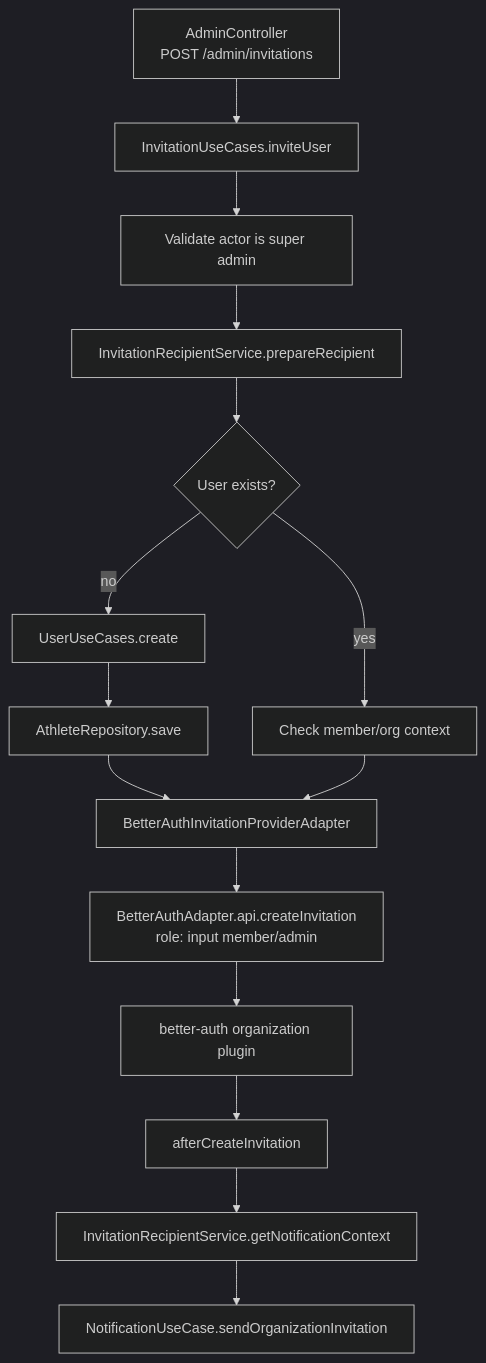
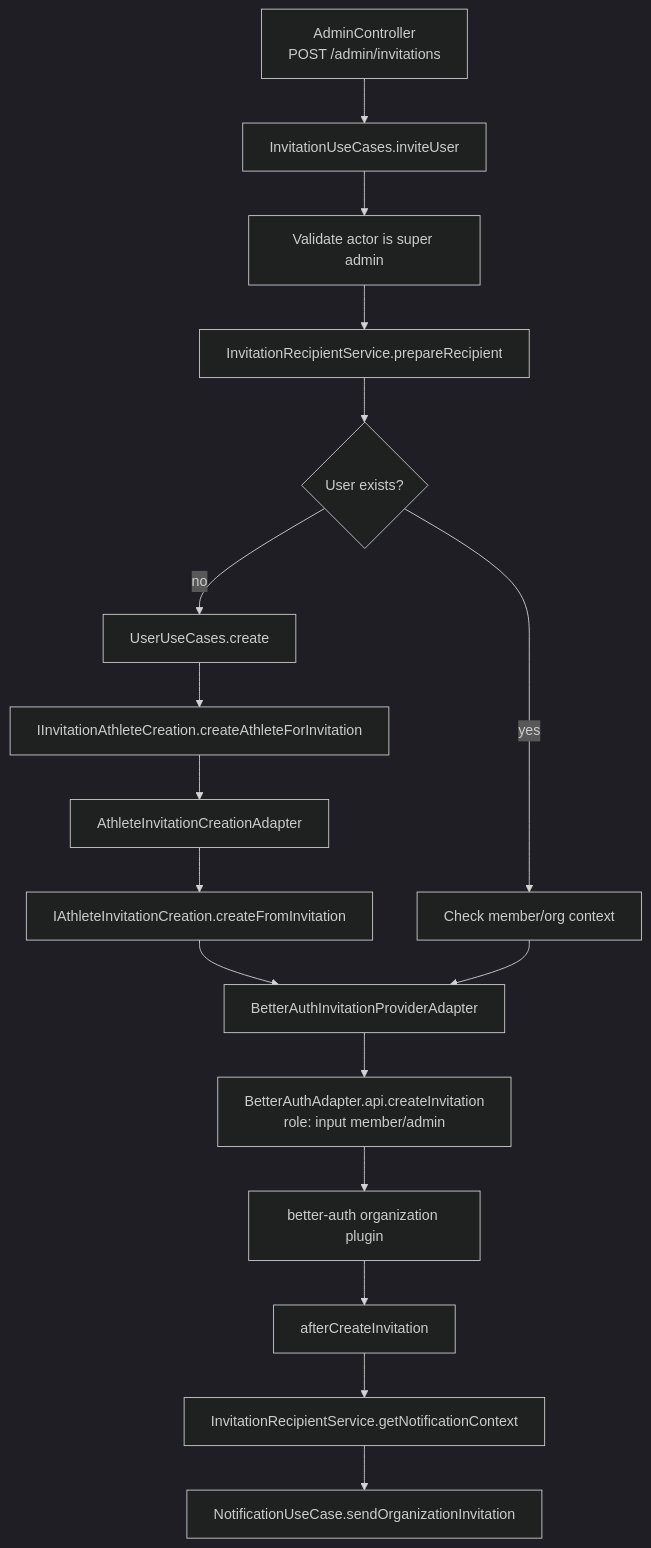
Before and after one commit to Netsbump/dropit: the third of 6 diagrams in apps/api/src/modules/invitations/README.md, drawn with Mermaid (dark theme). The commit also changed other lines of this file and 17 other files, not shown here.

First line of the commit message:
feat(api): add athlete creation from invitations and relocate uuid helpers

````diff
--- a/apps/api/src/modules/invitations/README.md
+++ b/apps/api/src/modules/invitations/README.md
@@ -54,17 +56,19 @@
 ```mermaid
 flowchart TD
   A["AdminController<br/>POST /admin/invitations"] --> B[InvitationUseCases.inviteUser]
   B --> C[Validate actor is super admin]
   C --> D[InvitationRecipientService.prepareRecipient]
   D --> E{User exists?}
   E -- no --> F[UserUseCases.create]
-  F --> G[AthleteRepository.save]
-  E -- yes --> H[Check member/org context]
-  G --> I[BetterAuthInvitationProviderAdapter]
-  H --> I
-  I --> J[BetterAuthAdapter.api.createInvitation\nrole: input member/admin]
-  J --> K[better-auth organization plugin]
-  K --> L[afterCreateInvitation]
-  L --> M[InvitationRecipientService.getNotificationContext]
-  M --> N[NotificationUseCase.sendOrganizationInvitation]
+  F --> G[IInvitationAthleteCreation.createAthleteForInvitation]
+  G --> H[AthleteInvitationCreationAdapter]
+  H --> I[IAthleteInvitationCreation.createFromInvitation]
+  E -- yes --> J[Check member/org context]
+  I --> K[BetterAuthInvitationProviderAdapter]
+  J --> K
+  K --> L[BetterAuthAdapter.api.createInvitation<br/>role: input member/admin]
+  L --> M[better-auth organization plugin]
+  M --> N[afterCreateInvitation]
+  N --> O[InvitationRecipientService.getNotificationContext]
+  O --> P[NotificationUseCase.sendOrganizationInvitation]
 ```
````
